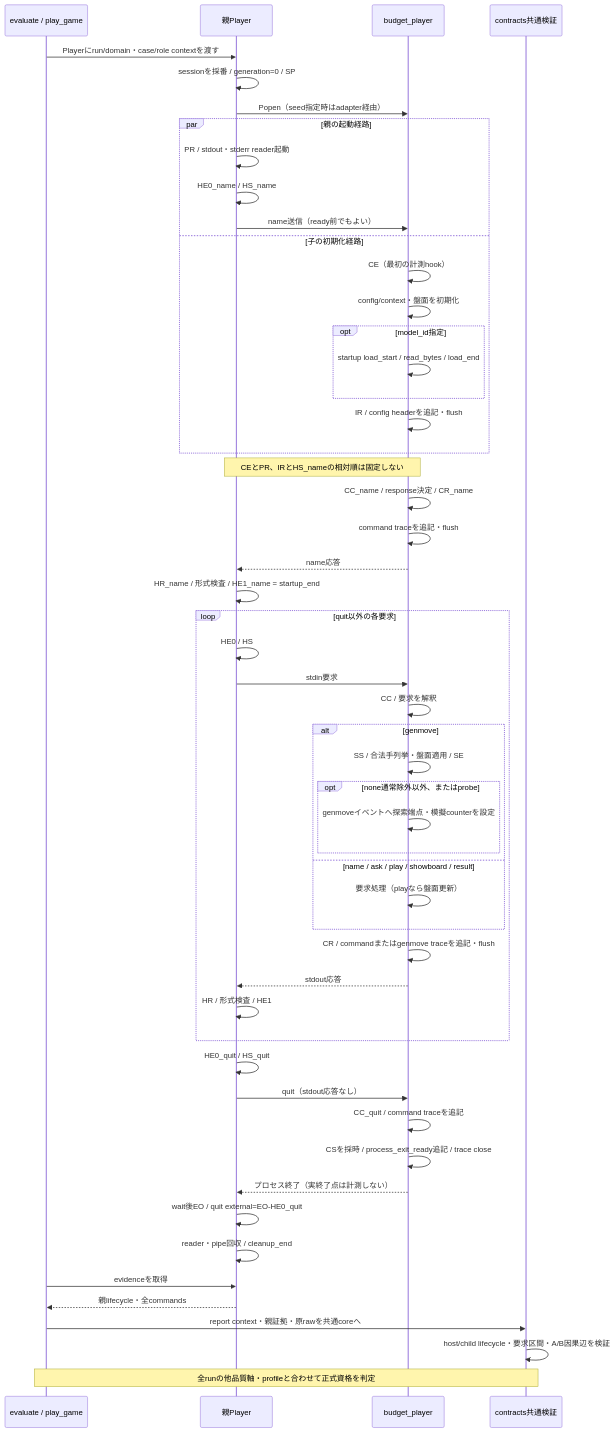
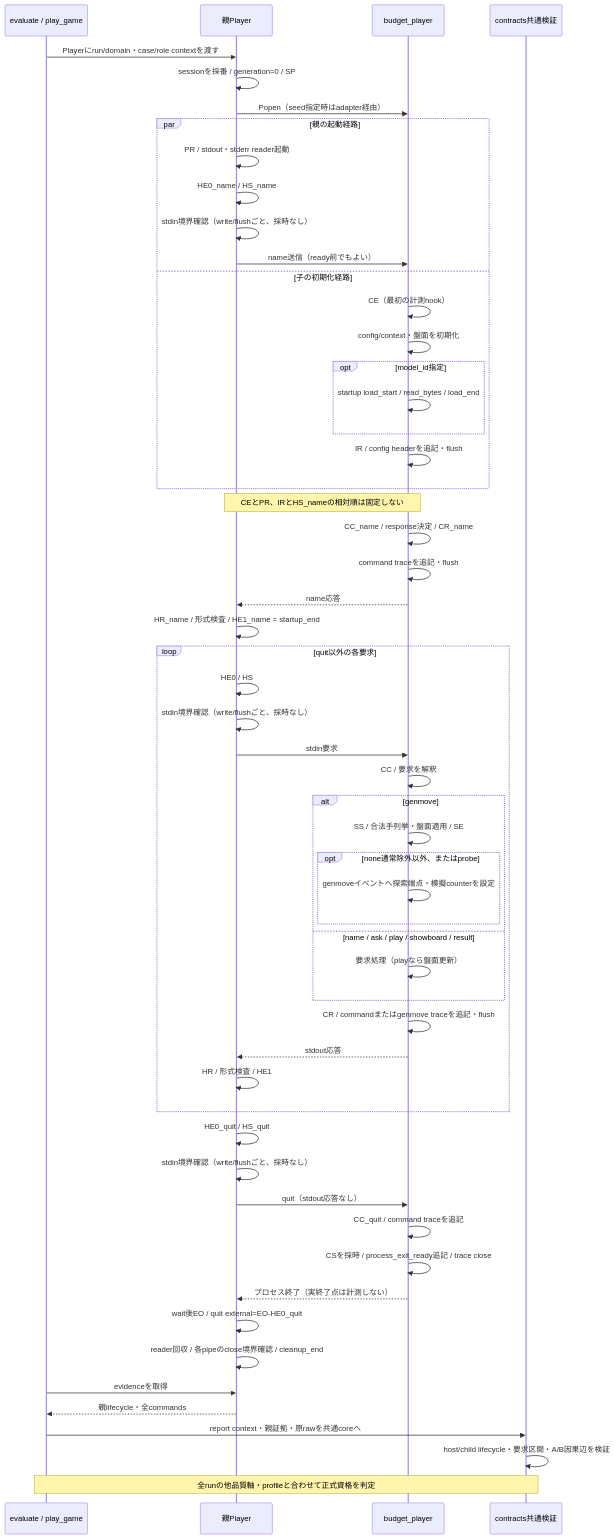
Before and after one commit to nonnhjleno/reversi-ai: the third of 7 diagrams in docs/harness_architecture.md, drawn with Mermaid. The commit also changed other lines of this file and 8 other files, not shown here.

````diff
--- a/docs/harness_architecture.md
+++ b/docs/harness_architecture.md
@@ -100,56 +101,59 @@
 ```mermaid
 sequenceDiagram
     participant E as evaluate / play_game
     participant H as 親Player
     participant C as budget_player
     participant I as contracts共通検証
 
     E->>H: Playerにrun/domain・case/role contextを渡す
     H->>H: sessionを採番 / generation=0 / SP
     H->>C: Popen（seed指定時はadapter経由）
     par 親の起動経路
         H->>H: PR / stdout・stderr reader起動
         H->>H: HE0_name / HS_name
+        H->>H: stdin境界確認（write/flushごと、採時なし）
         H->>C: name送信（ready前でもよい）
     and 子の初期化経路
         C->>C: CE（最初の計測hook）
         C->>C: config/context・盤面を初期化
         opt model_id指定
             C->>C: startup load_start / read_bytes / load_end
         end
         C->>C: IR / config headerを追記・flush
     end
     Note over H,C: CEとPR、IRとHS_nameの相対順は固定しない
     C->>C: CC_name / response決定 / CR_name
     C->>C: command traceを追記・flush
     C-->>H: name応答
     H->>H: HR_name / 形式検査 / HE1_name = startup_end
     loop quit以外の各要求
         H->>H: HE0 / HS
+        H->>H: stdin境界確認（write/flushごと、採時なし）
         H->>C: stdin要求
         C->>C: CC / 要求を解釈
         alt genmove
             C->>C: SS / 合法手列挙・盤面適用 / SE
             opt none通常除外以外、またはprobe
                 C->>C: genmoveイベントへ探索端点・模擬counterを設定
             end
         else name / ask / play / showboard / result
             C->>C: 要求処理（playなら盤面更新）
         end
         C->>C: CR / commandまたはgenmove traceを追記・flush
         C-->>H: stdout応答
         H->>H: HR / 形式検査 / HE1
     end
     H->>H: HE0_quit / HS_quit
+    H->>H: stdin境界確認（write/flushごと、採時なし）
     H->>C: quit（stdout応答なし）
     C->>C: CC_quit / command traceを追記
     C->>C: CSを採時 / process_exit_ready追記 / trace close
     C-->>H: プロセス終了（実終了点は計測しない）
     H->>H: wait後EO / quit external=EO-HE0_quit
-    H->>H: reader・pipe回収 / cleanup_end
+    H->>H: reader回収 / 各pipeのclose境界確認 / cleanup_end
     E->>H: evidenceを取得
     H-->>E: 親lifecycle・全commands
     E->>I: report context・親証拠・原rawを共通coreへ
     I->>I: host/child lifecycle・要求区間・A/B因果辺を検証
     Note over E,I: 全runの他品質軸・profileと合わせて正式資格を判定
 ```
````
